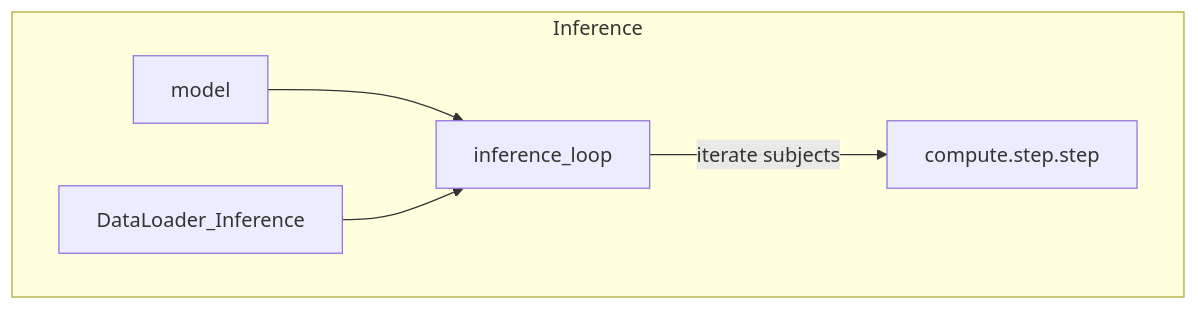
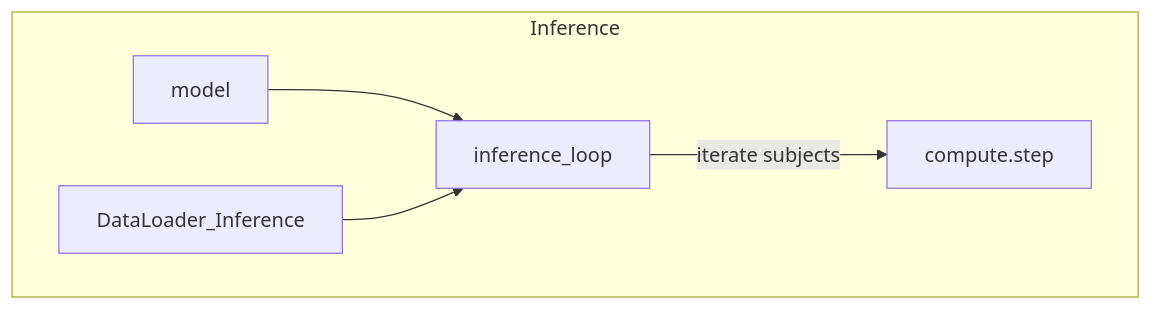
The fifth of 5 diagrams in docs/flowchart.md (szmazurek/GaNDLF), drawn with Mermaid before and after one commit. The commit also changed other lines of this file, not shown here.

````diff
--- a/docs/flowchart.md
+++ b/docs/flowchart.md
@@ -67,8 +68,8 @@
 ```mermaid
 flowchart TD
     subgraph Inference
         model --> inference_loop
         DataLoader_Inference --> inference_loop
-        inference_loop -->|iterate subjects| compute.step.step
+        inference_loop -->|iterate subjects| compute.step
     end
 ```
````
